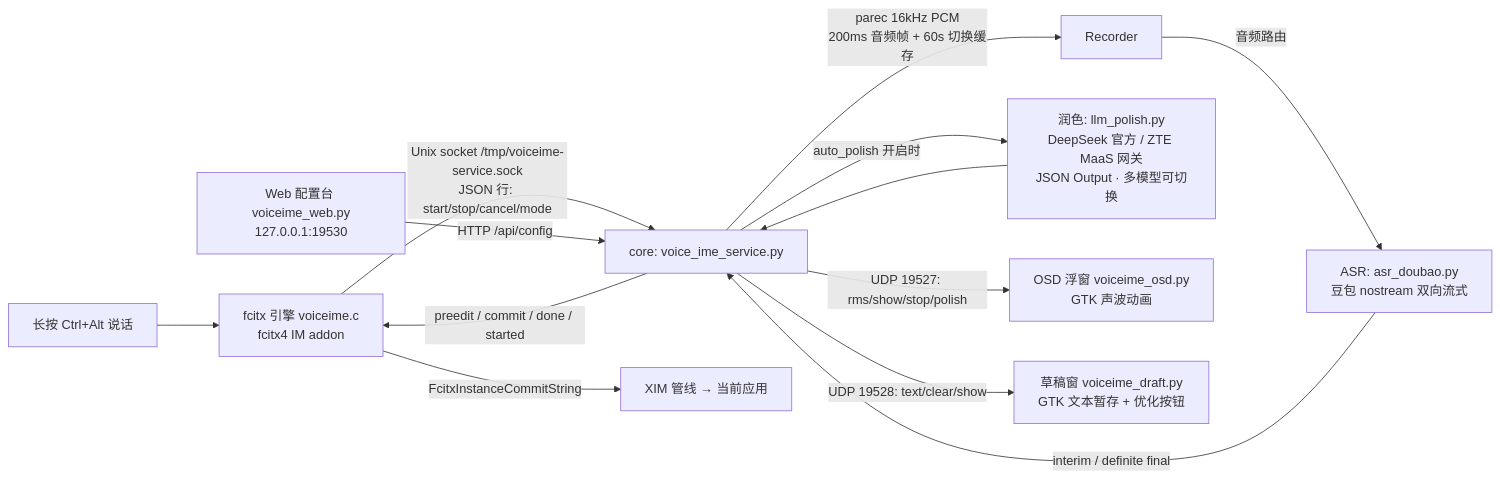
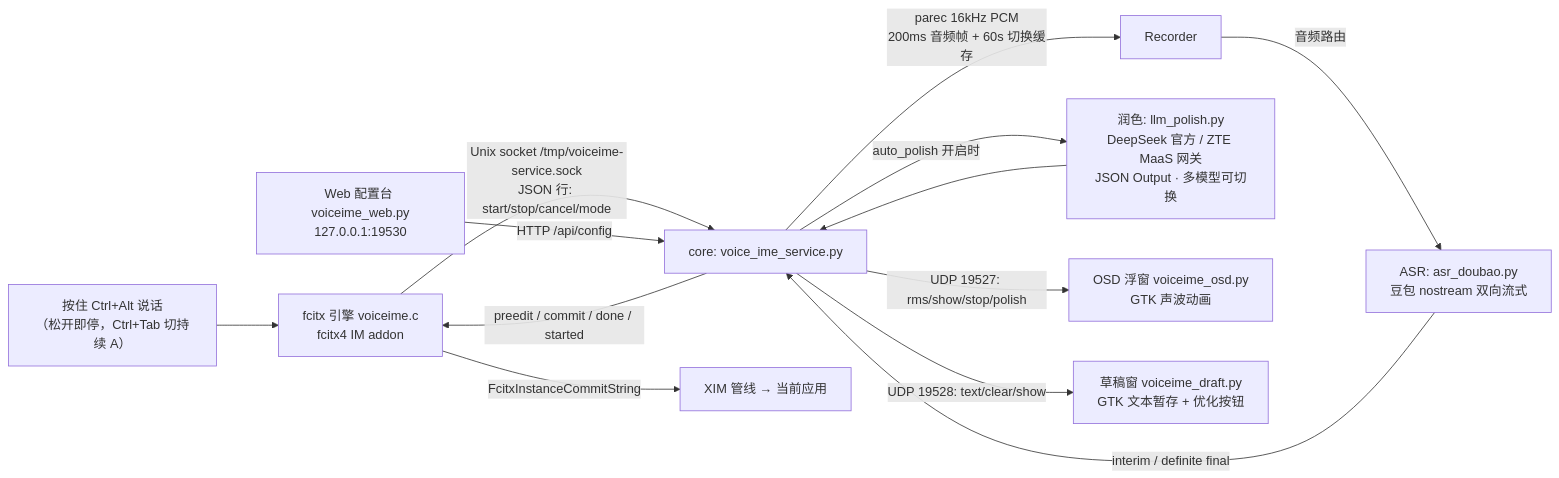
The diagram in README.md (lzyyzznl/voice-ime), drawn with Mermaid before and after one commit. The commit also changed other lines of this file and 5 other files, not shown here.

````diff
--- a/README.md
+++ b/README.md
@@ -10,15 +10,15 @@
 ```mermaid
 flowchart LR
-    U[长按 Ctrl+Alt 说话] --> E[fcitx 引擎 voiceime.c<br/>fcitx4 IM addon]
+    U[按住 Ctrl+Alt 说话<br/>（松开即停，Ctrl+Tab 切持续 A）] --> E[fcitx 引擎 voiceime.c<br/>fcitx4 IM addon]
     E -->|"Unix socket /tmp/voiceime-service.sock<br/>JSON 行: start/stop/cancel/mode"| S[core: voice_ime_service.py]
     S -->|"parec 16kHz PCM<br/>200ms 音频帧 + 60s 切换缓存"| R[Recorder]
     R -->|"音频路由"| A[ASR: asr_doubao.py<br/>豆包 nostream 双向流式]
     A -->|"interim / definite final"| S
     S -->|"auto_polish 开启时"| L[润色: llm_polish.py<br/>DeepSeek 官方 / ZTE MaaS 网关<br/>JSON Output · 多模型可切换]
     L --> S
     S -->|"preedit / commit / done / started"| E
     S -->|"UDP 19527: rms/show/stop/polish"| O[OSD 浮窗 voiceime_osd.py<br/>GTK 声波动画]
     S -->|"UDP 19528: text/clear/show"| D[草稿窗 voiceime_draft.py<br/>GTK 文本暂存 + 优化按钮]
     W[Web 配置台 voiceime_web.py<br/>127.0.0.1:19530] -->|"HTTP /api/config"| S
     E -->|"FcitxInstanceCommitString"| X[XIM 管线 → 当前应用]
 ```
````
